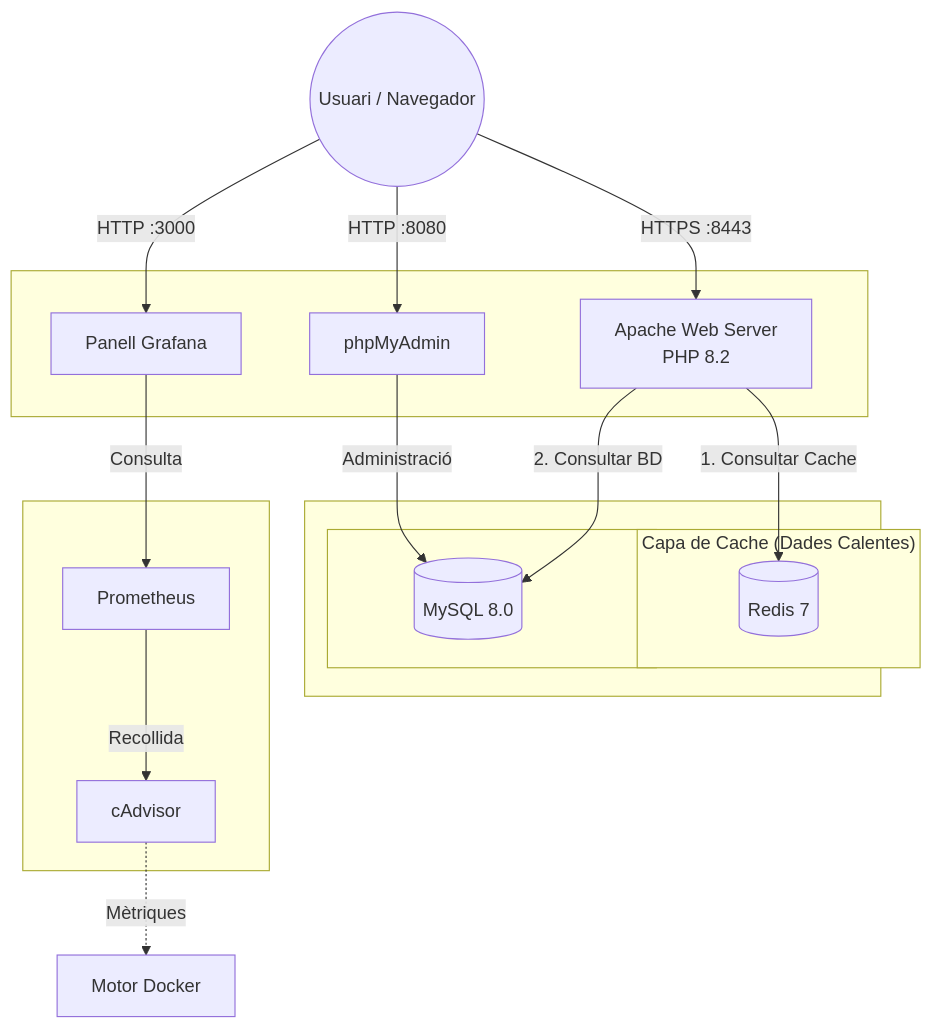
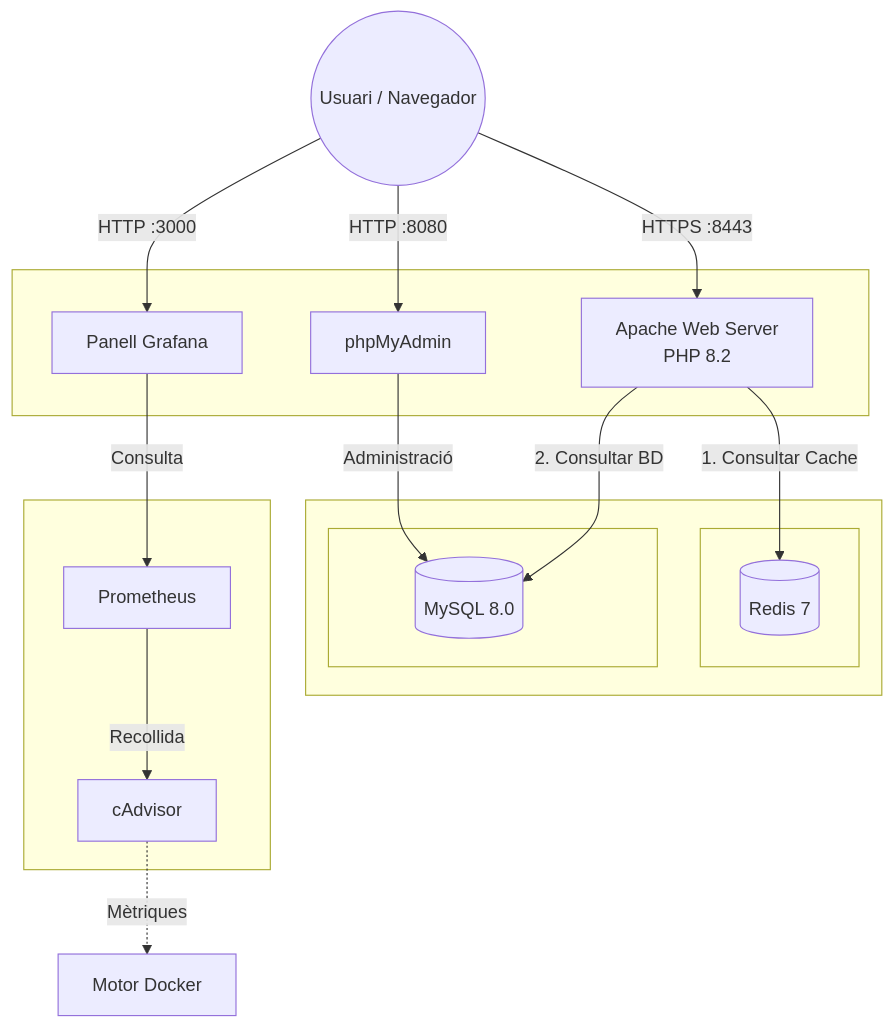
The diagram in README.md (aybkh/Projecte-Serveis-Web), drawn with Mermaid before and after one commit.

Commit message:
Fix subgraph indentation in README.md

````diff
--- a/README.md
+++ b/README.md
@@ -9,40 +9,40 @@
 ```mermaid
 graph TD
     User((Usuari / Navegador))
     
     subgraph " "
         Apache[Apache Web Server<br/>PHP 8.2]
         Grafana[Panell Grafana]
         PMA[phpMyAdmin]
     end
 
     subgraph " "
-        subgraph "Capa de Cache (Dades Calentes)"
+        subgraph " "
             Redis[(Redis 7)]
         end
         
         subgraph " "
             MySQL[(MySQL 8.0)]
         end
     end
 
     subgraph " "
         Prometheus[Prometheus]
         cAdvisor[cAdvisor]
     end
 
     %% Connexions d'Accés
     User -->|HTTPS :8443| Apache
     User -->|HTTP :3000| Grafana
     User -->|HTTP :8080| PMA
 
     %% Flux de Dades
     Apache -->|1. Consultar Cache| Redis
     Apache -->|2. Consultar BD| MySQL
     PMA -->|Administració| MySQL
 
     %% Connexions de Monitorització
     cAdvisor -.->|Mètriques| DockerEngine[Motor Docker]
     Prometheus -->|Recollida| cAdvisor
     Grafana -->|Consulta| Prometheus
 ```
````
